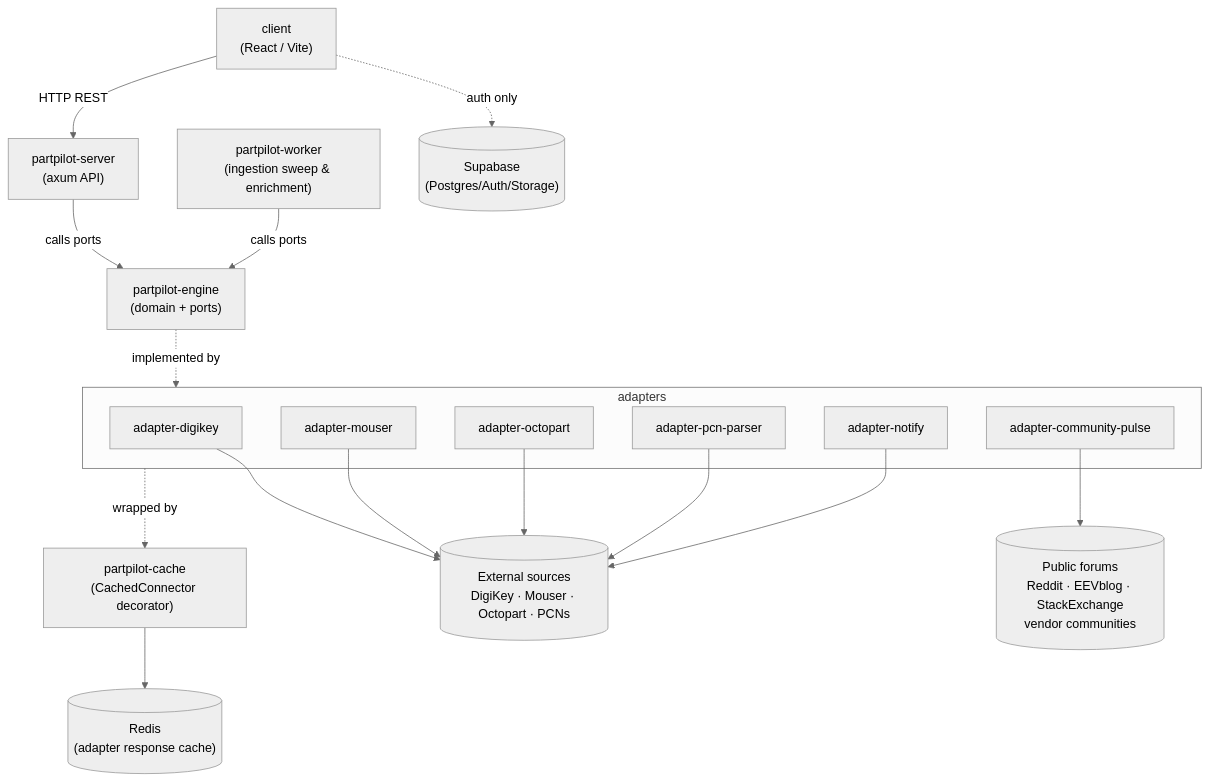
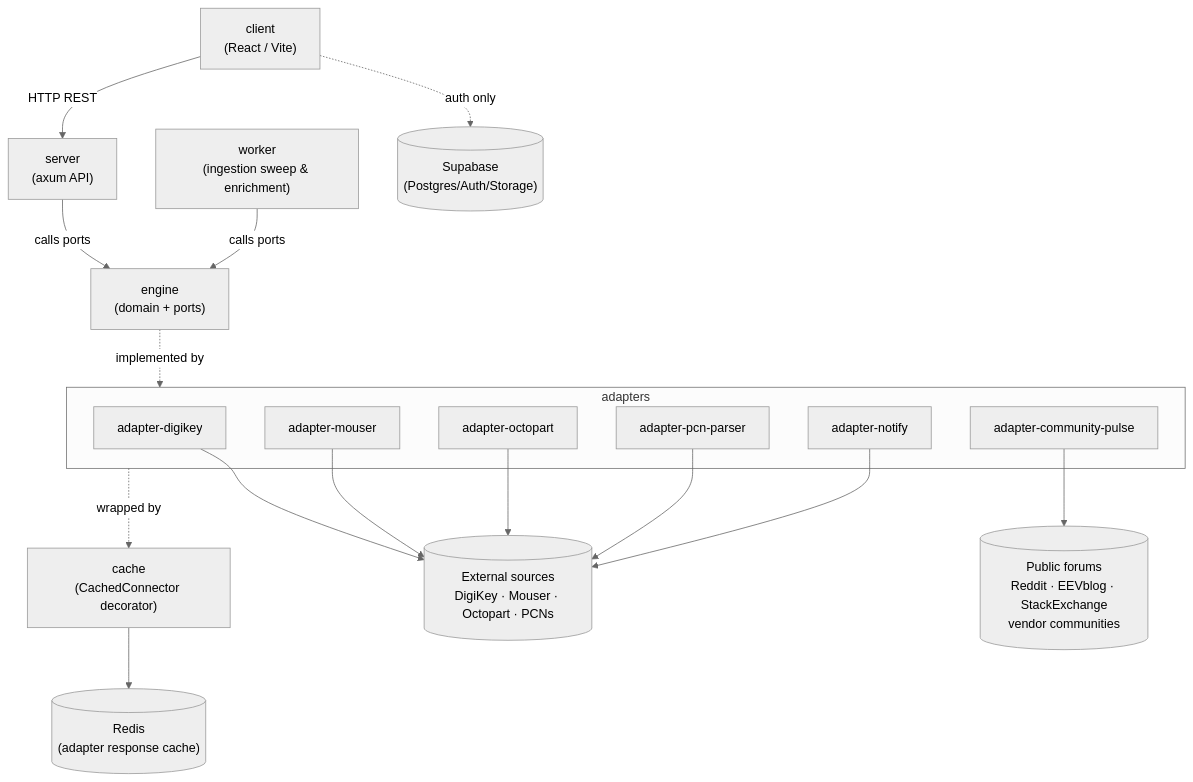
Before and after one commit to partpilot-in/partpilot: the diagram in README.md, drawn with Mermaid (neutral theme). The commit also changed other lines of this file and 201 other files, not shown here.

````diff
--- a/README.md
+++ b/README.md
@@ -9,39 +9,39 @@
 ```mermaid
 graph TD
     Client["client<br/>(React / Vite)"]
-    Server["partpilot-server<br/>(axum API)"]
-    Engine["partpilot-engine<br/>(domain + ports)"]
-    Worker["partpilot-worker<br/>(ingestion sweep & enrichment)"]
+    Server["server<br/>(axum API)"]
+    Engine["engine<br/>(domain + ports)"]
+    Worker["worker<br/>(ingestion sweep & enrichment)"]
 
     subgraph Adapters["adapters"]
         DigiKey["adapter-digikey"]
         Mouser["adapter-mouser"]
         Octopart["adapter-octopart"]
         PCN["adapter-pcn-parser"]
         Notify["adapter-notify"]
         CommunityPulse["adapter-community-pulse"]
     end
 
-    Cache["partpilot-cache<br/>(CachedConnector decorator)"]
+    Cache["cache<br/>(CachedConnector decorator)"]
 
     Supabase[("Supabase\n(Postgres/Auth/Storage)")]
     Redis[("Redis\n(adapter response cache)")]
     External[("External sources\nDigiKey · Mouser · Octopart · PCNs")]
     Forums[("Public forums\nReddit · EEVblog · StackExchange\nvendor communities")]
 
     Client -->|HTTP REST| Server
     Server -->|calls ports| Engine
     Worker -->|calls ports| Engine
     Engine -.->|implemented by| Adapters
     Adapters -.->|wrapped by| Cache
     Cache --> Redis
 
     DigiKey --> External
     Mouser --> External
     Octopart --> External
     PCN --> External
     Notify --> External
     CommunityPulse --> Forums
 
     Client -.->|auth only| Supabase
 ```
````
